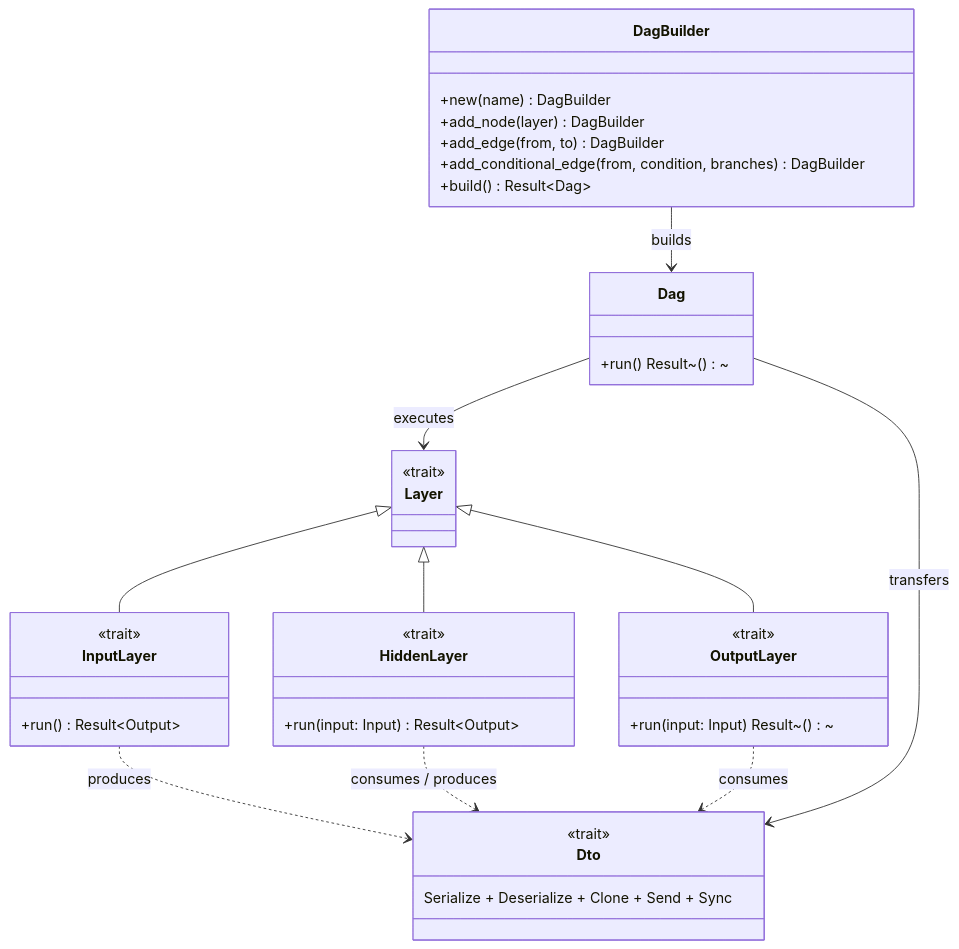
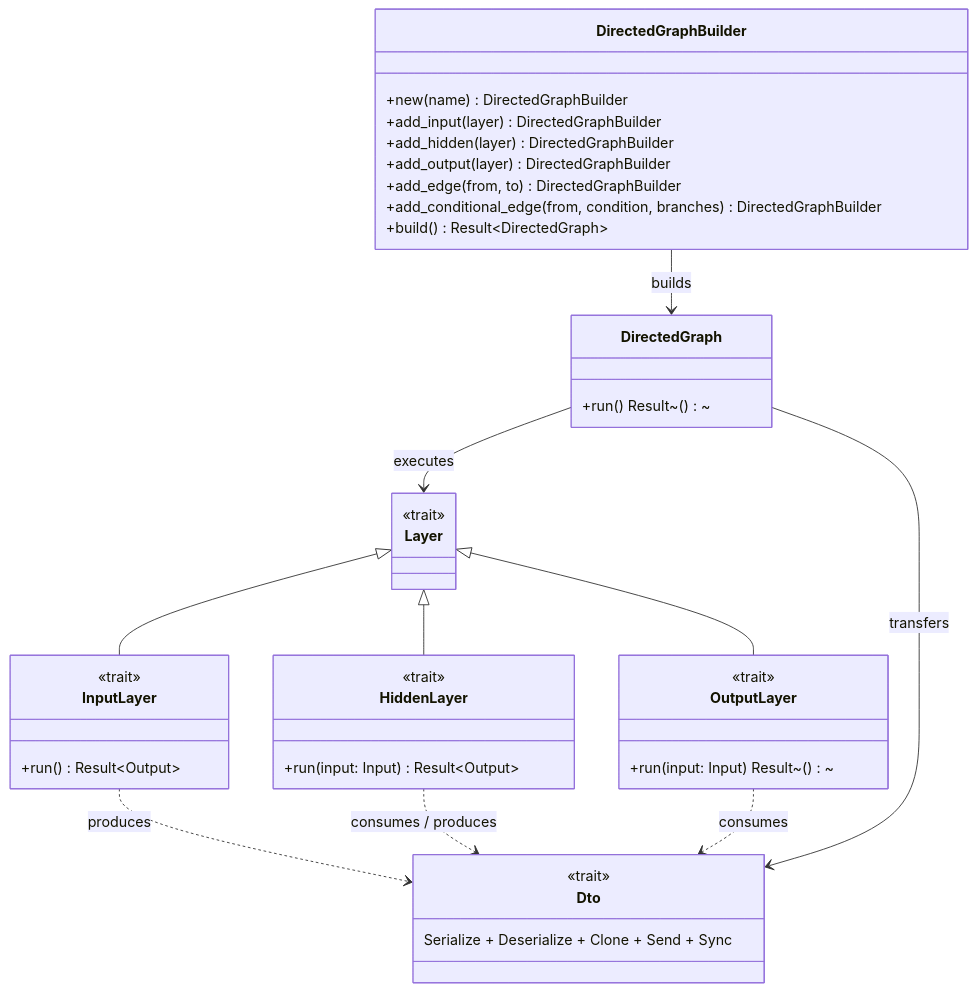
The second of 3 diagrams in docs/design/architecture.md (smartcrabai/smartcrab), drawn with Mermaid before and after one commit. The commit also changed other lines of this file and 31 other files, not shown here.

````diff
--- a/docs/design/architecture.md
+++ b/docs/design/architecture.md
@@ -56,42 +56,44 @@
 ```mermaid
 classDiagram
     class Layer {
         <<trait>>
     }
     class InputLayer {
         <<trait>>
         +run() Result~Output~
     }
     class HiddenLayer {
         <<trait>>
         +run(input: Input) Result~Output~
     }
     class OutputLayer {
         <<trait>>
         +run(input: Input) Result~()~
     }
     class Dto {
         <<trait>>
         Serialize + Deserialize + Clone + Send + Sync
     }
-    class DagBuilder {
-        +new(name) DagBuilder
-        +add_node(layer) DagBuilder
-        +add_edge(from, to) DagBuilder
-        +add_conditional_edge(from, condition, branches) DagBuilder
-        +build() Result~Dag~
+    class DirectedGraphBuilder {
+        +new(name) DirectedGraphBuilder
+        +add_input(layer) DirectedGraphBuilder
+        +add_hidden(layer) DirectedGraphBuilder
+        +add_output(layer) DirectedGraphBuilder
+        +add_edge(from, to) DirectedGraphBuilder
+        +add_conditional_edge(from, condition, branches) DirectedGraphBuilder
+        +build() Result~DirectedGraph~
     }
-    class Dag {
+    class DirectedGraph {
         +run() Result~()~
     }
 
     Layer <|-- InputLayer
     Layer <|-- HiddenLayer
     Layer <|-- OutputLayer
     InputLayer ..> Dto : produces
     HiddenLayer ..> Dto : consumes / produces
     OutputLayer ..> Dto : consumes
-    DagBuilder --> Dag : builds
-    Dag --> Layer : executes
-    Dag --> Dto : transfers
+    DirectedGraphBuilder --> DirectedGraph : builds
+    DirectedGraph --> Layer : executes
+    DirectedGraph --> Dto : transfers
 ```
````
